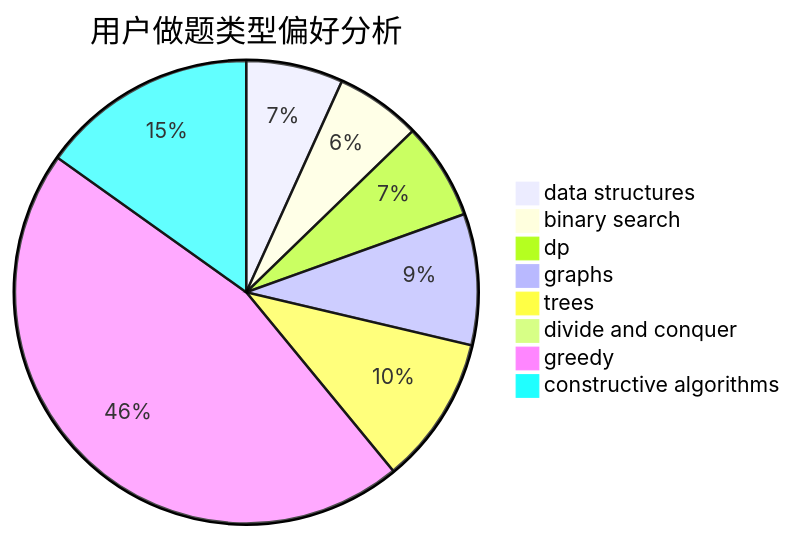
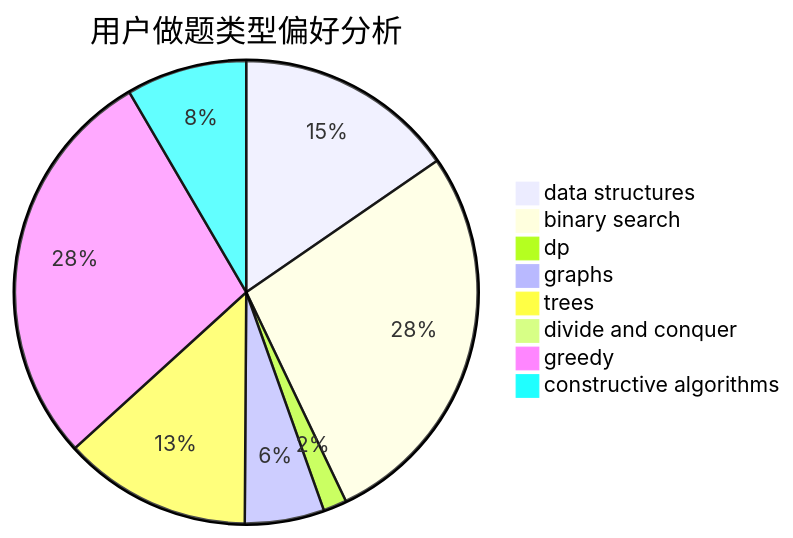
One commit to sherpahu/cfrs.github.io changed the second of 3 diagrams in docs/user/u534.md. Above: the diagram before and after it, drawn with Mermaid. The commit also changed other lines of this file and 2770 other files, not shown here.

````diff
--- a/docs/user/u534.md
+++ b/docs/user/u534.md
@@ -23,11 +23,11 @@
 ```mermaid
 pie title 用户做题类型偏好分析
-    "data structures" :  17
-    "binary search" :  15
-    "dp" :  17
-    "graphs" :  23
-    "trees" :  26
+    "data structures" :  75
+    "binary search" :  134
+    "dp" :  8
+    "graphs" :  27
+    "trees" :  64
     "divide and conquer" :  0
-    "greedy" :  115
-    "constructive algorithms" :  38
+    "greedy" :  138
+    "constructive algorithms" :  41
 ```
````
